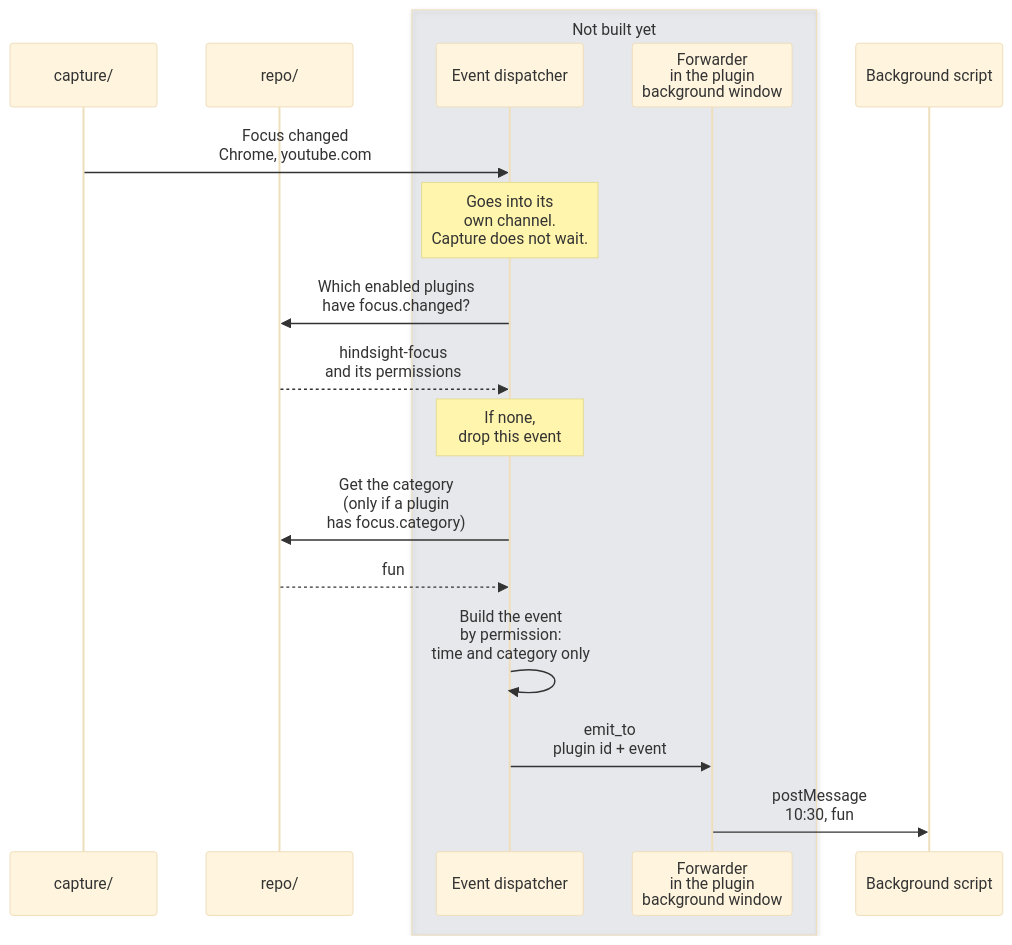
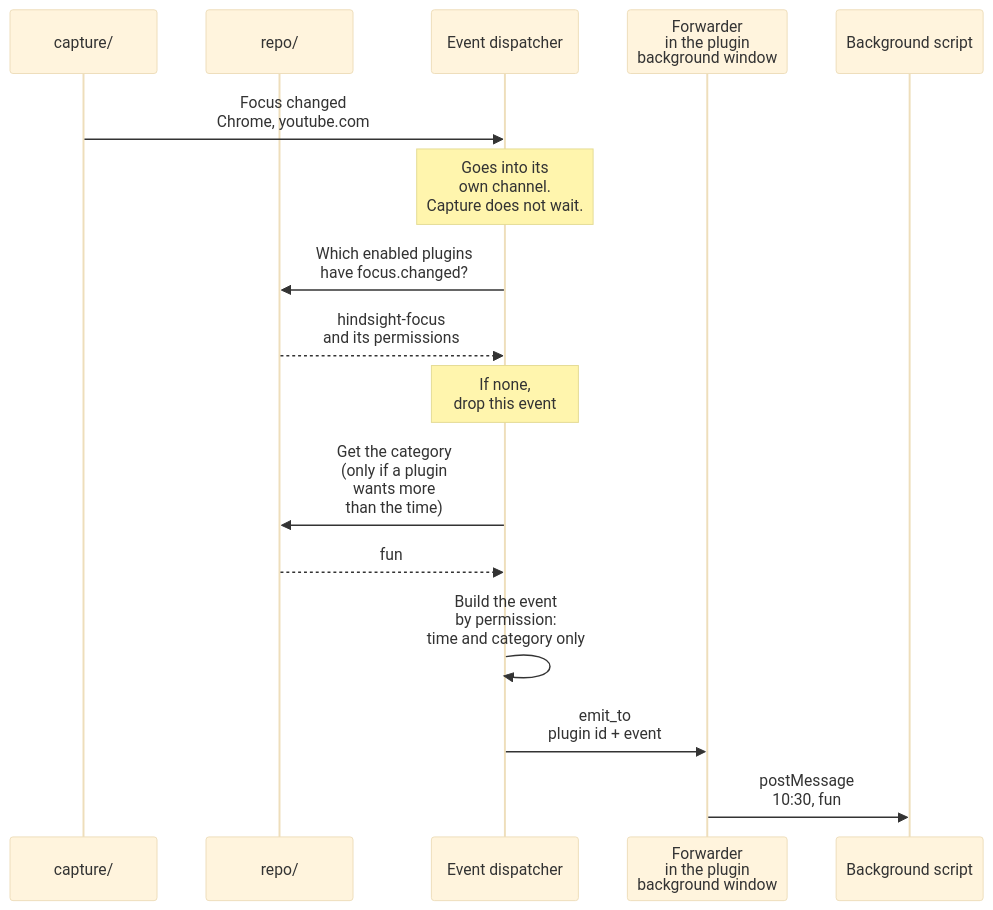
One commit to Tomotsugu-dev/Hindsight changed the diagram in docs/design/plugins/en/events.md. Above: the diagram before and after it, drawn with Mermaid (base theme). The commit also changed other lines of this file and 18 other files, not shown here.

First line of the commit message:
feat(plugins): send focus.changed to background plugins

````diff
--- a/docs/design/plugins/en/events.md
+++ b/docs/design/plugins/en/events.md
@@ -13,20 +13,18 @@
 ```mermaid
 sequenceDiagram
   participant C as capture/
   participant R as repo/
-  box rgba(148,163,184,0.15) Not built yet
-    participant E as Event dispatcher
-    participant H as Forwarder<br/>in the plugin<br/>background window
-  end
+  participant E as Event dispatcher
+  participant H as Forwarder<br/>in the plugin<br/>background window
   participant P as Background script
   C->>E: Focus changed<br/>Chrome, youtube.com
   Note over E: Goes into its<br/>own channel.<br/>Capture does not wait.
   E->>R: Which enabled plugins<br/>have focus.changed?
   R-->>E: hindsight-focus<br/>and its permissions
   Note over E: If none,<br/>drop this event
-  E->>R: Get the category<br/>(only if a plugin<br/>has focus.category)
+  E->>R: Get the category<br/>(only if a plugin<br/>wants more<br/>than the time)
   R-->>E: fun
   E->>E: Build the event<br/>by permission:<br/>time and category only
   E->>H: emit_to<br/>plugin id + event
   H->>P: postMessage<br/>10:30, fun
 ```
````
